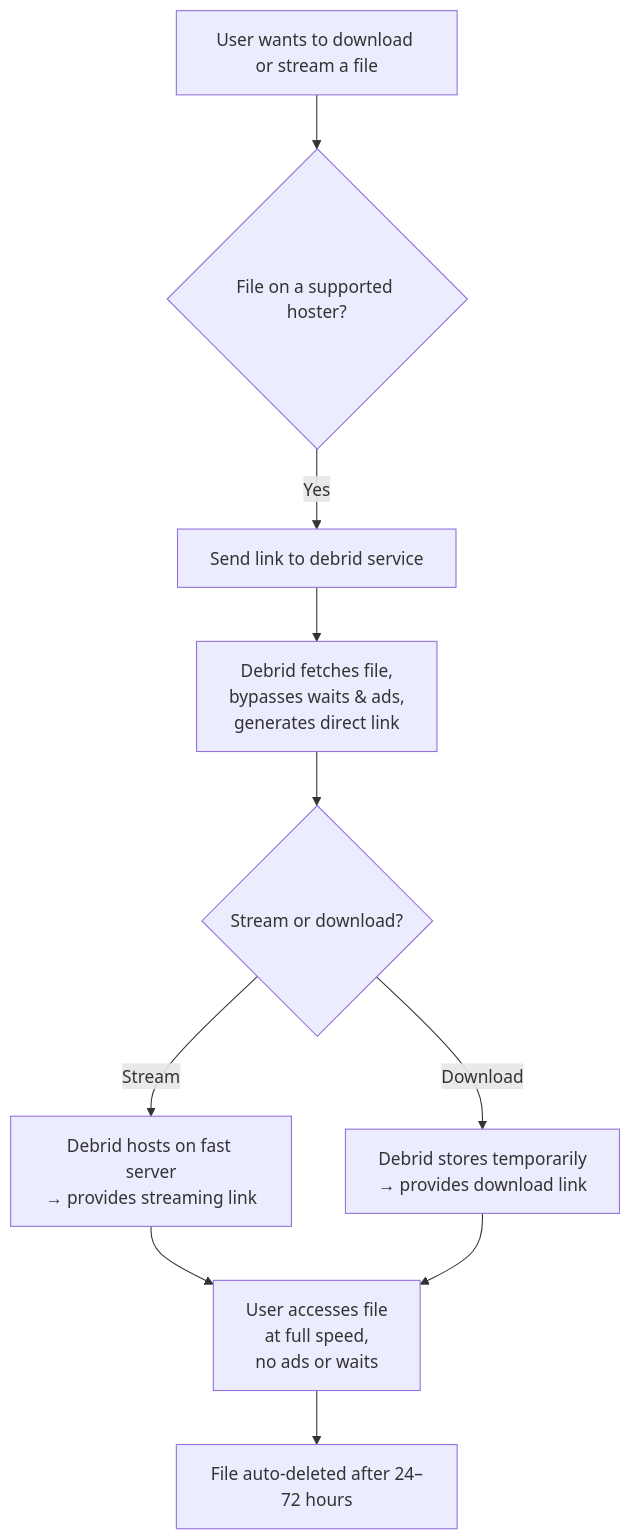
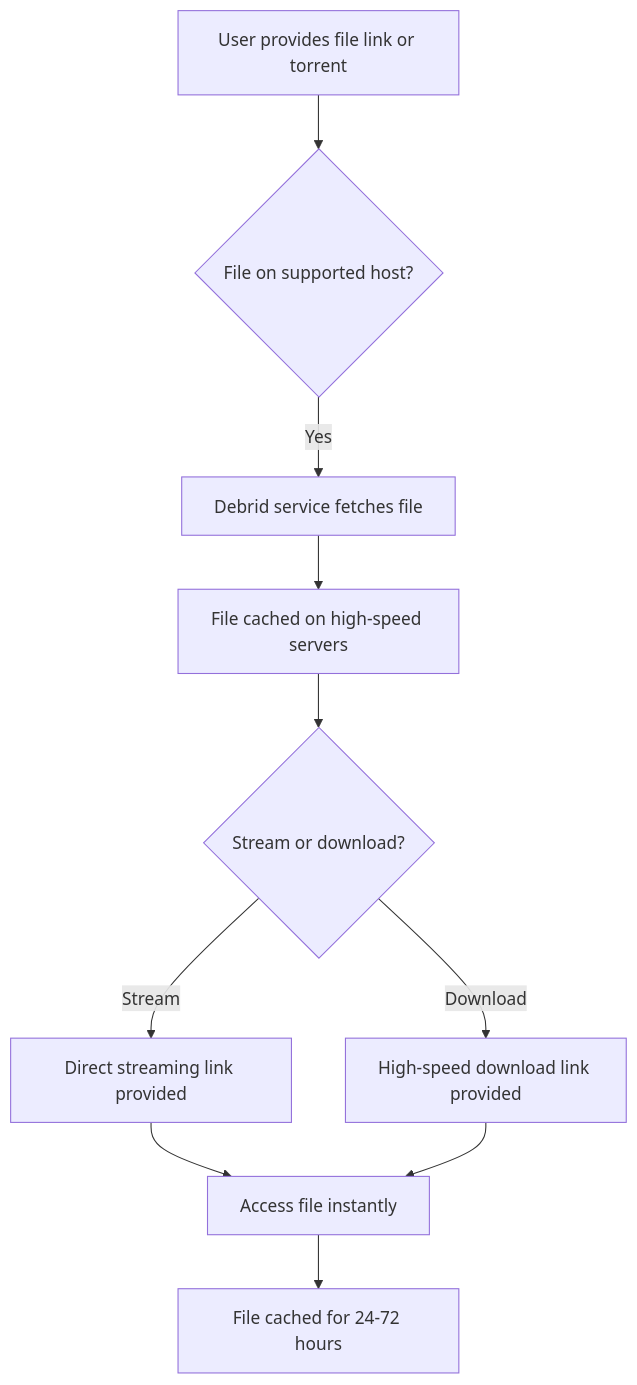
The diagram in README.md (fynks/debrid-services-comparison), drawn with Mermaid before and after one commit. The commit also changed other lines of this file, not shown here.

Commit message:
fix: improve README clarity by updating service descriptions and reorganizing sections

````diff
--- a/README.md
+++ b/README.md
@@ -64,12 +64,12 @@
 ```mermaid
 flowchart TD
-    A[User wants to download or stream a file] --> B{File on a supported hoster?}
-    B -->|Yes| C[Send link to debrid service]
-    C --> D[Debrid fetches file,<br/>bypasses waits & ads,<br/>generates direct link]
+    A[User provides file link or torrent] --> B{File on supported host?}
+    B -->|Yes| C[Debrid service fetches file]
+    C --> D[File cached on high-speed servers]
     D --> E{Stream or download?}
-    E -->|Stream| F[Debrid hosts on fast server<br/>→ provides streaming link]
-    E -->|Download| G[Debrid stores temporarily<br/>→ provides download link]
-    F --> H[User accesses file<br/>at full speed,<br/>no ads or waits]
+    E -->|Stream| F[Direct streaming link provided]
+    E -->|Download| G[High-speed download link provided]
+    F --> H[Access file instantly]
     G --> H
-    H --> I[File auto-deleted after 24–72 hours]
+    H --> I[File cached for 24-72 hours]
 ```
````
